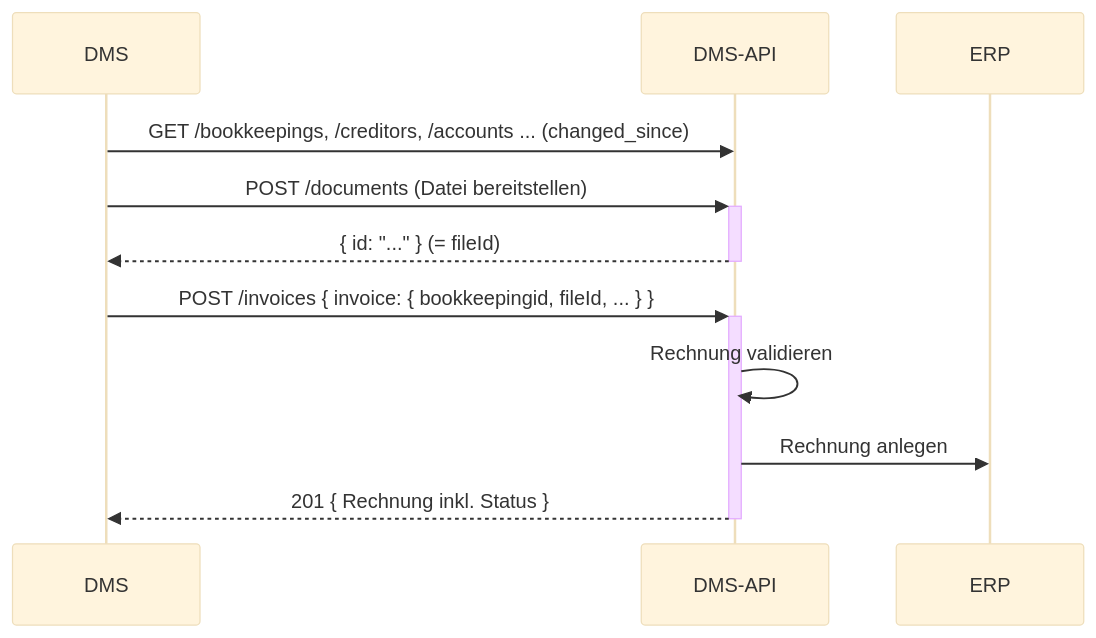
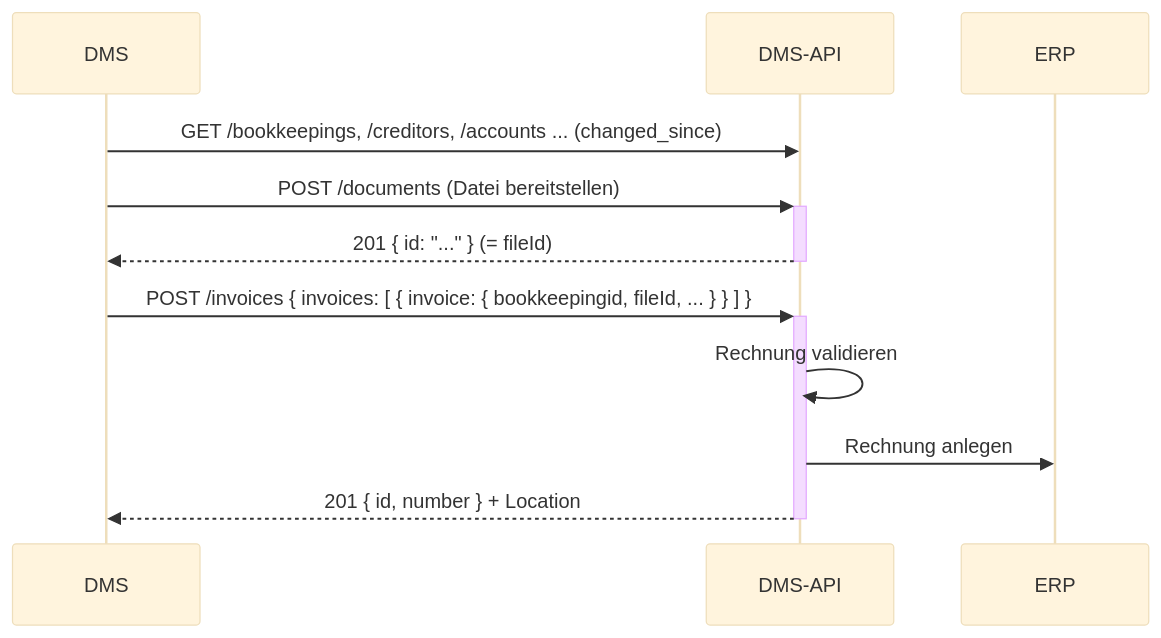
Before and after one commit to wwimmo/ww-dms-api: the diagram in docs/2-anleitungen/2-rechnung-importieren.md, drawn with Mermaid (base theme). The commit also changed other lines of this file and 37 other files, not shown here.

````diff
--- a/docs/2-anleitungen/2-rechnung-importieren.md
+++ b/docs/2-anleitungen/2-rechnung-importieren.md
@@ -43,13 +70,13 @@
 ```mermaid
 sequenceDiagram
   participant DMS
   participant API as DMS-API
   participant ERP
   DMS->>API: GET /bookkeepings, /creditors, /accounts ... (changed_since)
   DMS->>+API: POST /documents (Datei bereitstellen)
-  API-->>-DMS: { id: "..." }   (= fileId)
-  DMS->>+API: POST /invoices { invoice: { bookkeepingid, fileId, ... } }
+  API-->>-DMS: 201 { id: "..." }   (= fileId)
+  DMS->>+API: POST /invoices { invoices: [ { invoice: { bookkeepingid, fileId, ... } } ] }
   API->>API: Rechnung validieren
   API->>ERP: Rechnung anlegen
-  API-->>-DMS: 201 { Rechnung inkl. Status }
+  API-->>-DMS: 201 { id, number } + Location
 ```
````
